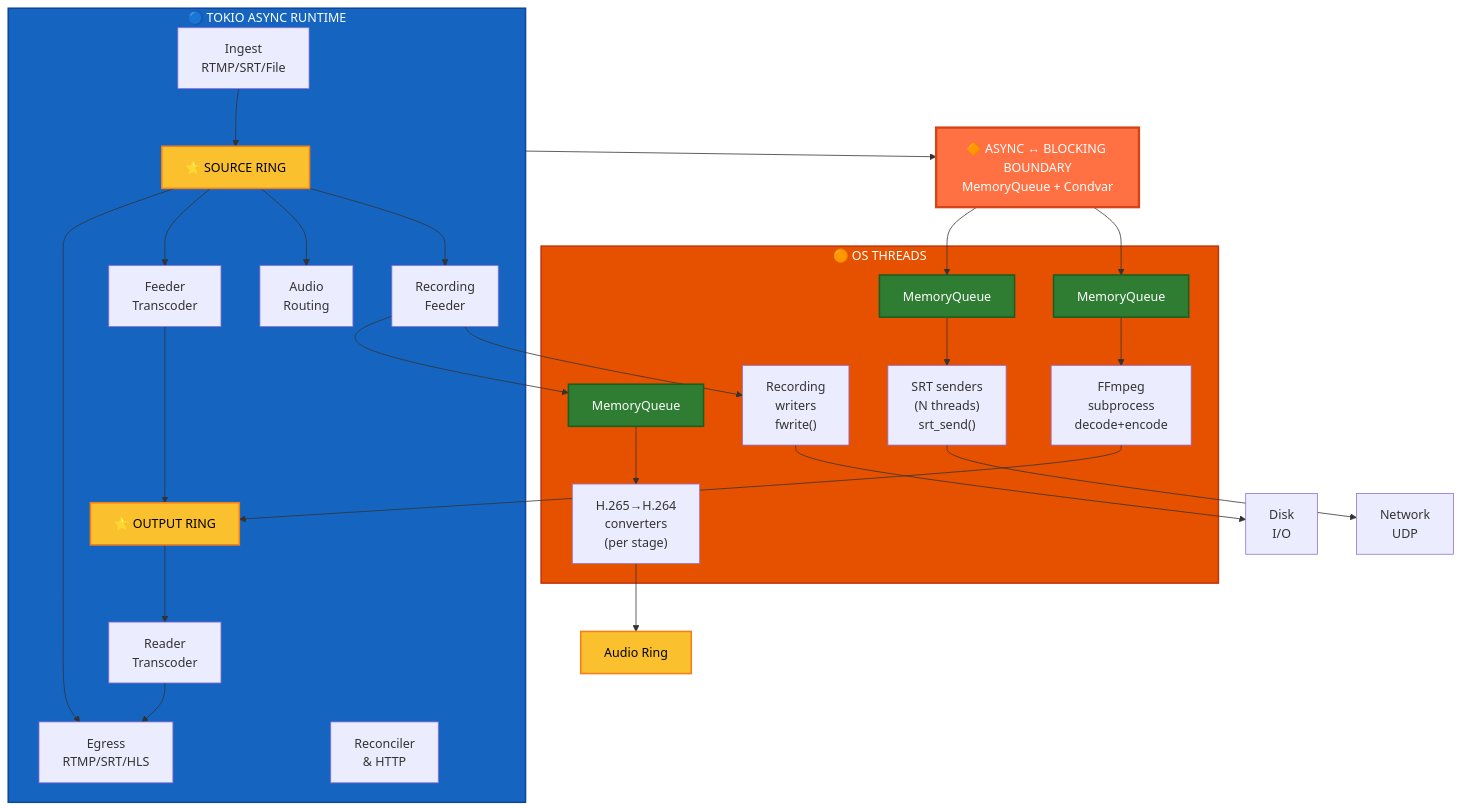
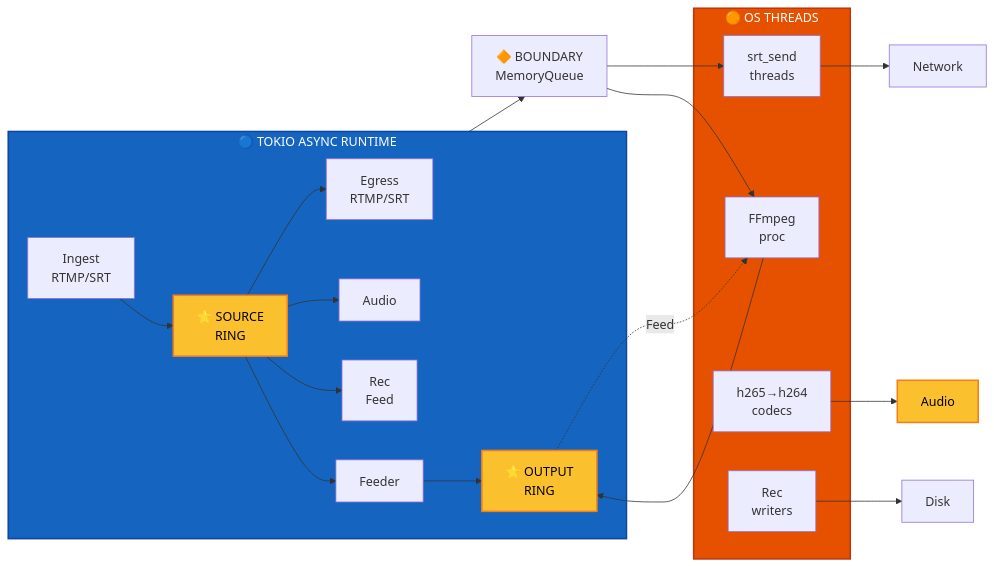
One commit to live-miracles/restream changed the second of 24 diagrams in docs/run-to-completion-analysis.md. Above: the diagram before and after it, drawn with Mermaid. The commit also changed other lines of this file, not shown here.

First line of the commit message:
Restructure diagrams to use horizontal layout for vertical space efficiency

````diff
--- a/docs/run-to-completion-analysis.md
+++ b/docs/run-to-completion-analysis.md
@@ -69,65 +61,44 @@
 ```mermaid
-graph TB
+graph LR
     subgraph Tokio ["🔵 TOKIO ASYNC RUNTIME"]
-        Ingest["Ingest<br/>RTMP/SRT/File"]
-        Egress["Egress<br/>RTMP/SRT/HLS"]
-        Feeder["Feeder<br/>Transcoder"]
-        Reader["Reader<br/>Transcoder"]
-        Audio["Audio<br/>Routing"]
-        Record_Feeder["Recording<br/>Feeder"]
-        Recon["Reconciler<br/>& HTTP"]
-        
-        Ring1["⭐ SOURCE RING"]
-        Ring2["⭐ OUTPUT RING"]
+        Ingest["Ingest<br/>RTMP/SRT"]
+        Ring1["⭐ SOURCE<br/>RING"]
+        Egress["Egress<br/>RTMP/SRT"]
+        Feeder["Feeder"]
+        Ring2["⭐ OUTPUT<br/>RING"]
+        Audio["Audio"]
+        Rec["Rec<br/>Feed"]
         
         Ingest --> Ring1
         Ring1 --> Egress
-        Ring1 --> Feeder
-        Feeder --> Ring2
-        Ring2 --> Reader
-        Reader --> Egress
+        Ring1 --> Feeder --> Ring2
         Ring1 --> Audio
-        Ring1 --> Record_Feeder
+        Ring1 --> Rec
     end
     
-    Boundary["🔶 ASYNC ↔ BLOCKING BOUNDARY<br/>MemoryQueue + Condvar"]
-    
-    Tokio --> Boundary
+    Boundary["🔶 BOUNDARY<br/>MemoryQueue"]
     
     subgraph OS ["🟠 OS THREADS"]
-        SRT_SEND["SRT senders<br/>(N threads)<br/>srt_send()"]
-        FFmpeg["FFmpeg<br/>subprocess<br/>decode+encode"]
-        Codec["H.265→H.264<br/>converters<br/>(per stage)"]
-        REC_WRITE["Recording<br/>writers<br/>fwrite()"]
-        
-        Queue1["MemoryQueue"]
-        Queue2["MemoryQueue"]
-        Queue3["MemoryQueue"]
-        
-        Queue1 --> SRT_SEND
-        Queue2 --> FFmpeg
-        Queue3 --> Codec
-        Record_Feeder --> Queue3
+        SRT["srt_send<br/>threads"]
+        FF["FFmpeg<br/>proc"]
+        H265["h265→h264<br/>codecs"]
+        REC["Rec<br/>writers"]
     end
     
-    Boundary --> Queue1
-    Boundary --> Queue2
+    Tokio --> Boundary --> SRT
+    Boundary --> FF
+    Ring2 -.->|Feed| FF
     
-    SRT_SEND --> NET["Network<br/>UDP"]
-    FFmpeg --> Ring2
-    Codec --> Ring_Audio["Audio Ring"]
-    REC_WRITE --> DISK["Disk<br/>I/O"]
-    Record_Feeder --> REC_WRITE
+    SRT --> NET["Network"]
+    FF --> Ring2
+    H265 --> Ring_A["Audio"]
+    REC --> DISK["Disk"]
     
     classDef tokio fill:#1565c0,stroke:#0d47a1,stroke-width:2px,color:#fff
     classDef os fill:#e65100,stroke:#bf360c,stroke-width:2px,color:#fff
-    classDef boundary fill:#ff7043,stroke:#d84315,stroke-width:3px,color:#fff
     classDef ring fill:#fbc02d,stroke:#f57f17,stroke-width:2px,color:#000
-    classDef queue fill:#2e7d32,stroke:#1b5e20,stroke-width:2px,color:#fff
     
     class Tokio tokio
     class OS os
-    class Boundary boundary
-    class Ring1,Ring2,Ring_Audio ring
-    class Queue1,Queue2,Queue3 queue
+    class Ring1,Ring2,Ring_A ring
 ```
````
